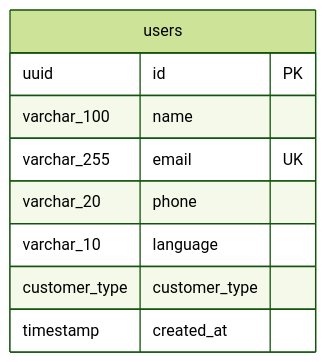
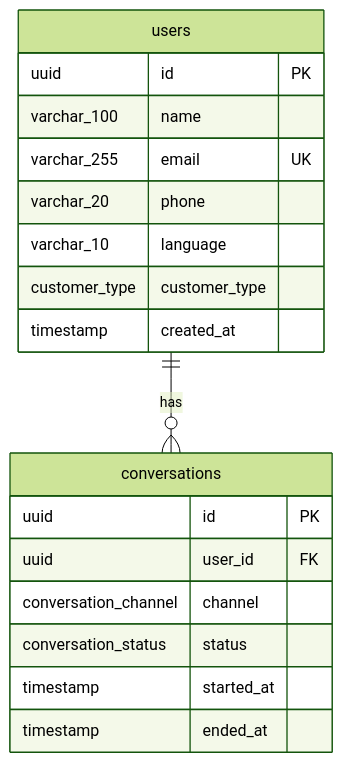
The diagram in docs/architecture/EPIC_1.2_DATABASE_SCHEMA.md (amannagar1809/ai_cumtomer_support_system), drawn with Mermaid (forest theme) before and after one commit. The commit also changed other lines of this file and 6 other files, not shown here.

````diff
--- a/docs/architecture/EPIC_1.2_DATABASE_SCHEMA.md
+++ b/docs/architecture/EPIC_1.2_DATABASE_SCHEMA.md
@@ -93,12 +160,23 @@
 ```mermaid
 erDiagram
+    users ||--o{ conversations : has
+
     users {
         uuid id PK
         varchar_100 name
         varchar_255 email UK
         varchar_20 phone
         varchar_10 language
         customer_type customer_type
         timestamp created_at
     }
+
+    conversations {
+        uuid id PK
+        uuid user_id FK
+        conversation_channel channel
+        conversation_status status
+        timestamp started_at
+        timestamp ended_at
+    }
 ```
````
